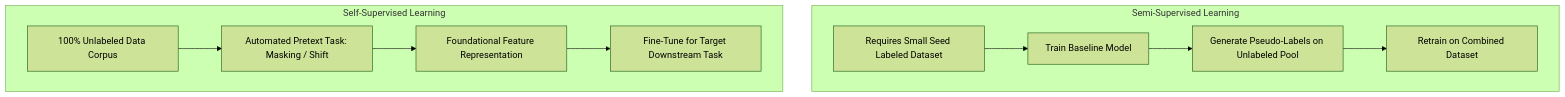
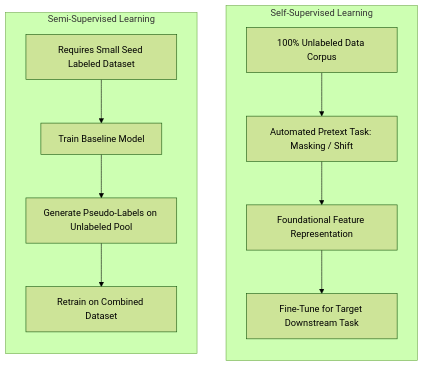
The third of 3 diagrams in docs/ai-practitioner/section-6-ai-ml/self-supervised-learning.mdx (rensaputra/aws-docs), drawn with Mermaid (forest theme) before and after one commit. The commit also changed 10 other files, not shown here.

````diff
--- a/docs/ai-practitioner/section-6-ai-ml/self-supervised-learning.mdx
+++ b/docs/ai-practitioner/section-6-ai-ml/self-supervised-learning.mdx
@@ -74,15 +74,17 @@
 ```mermaid
-flowchart TD
+flowchart LR
     subgraph SemiSupervised [Semi-Supervised Learning]
         SS_Data[Requires Small Seed Labeled Dataset] --> SS_Model[Train Baseline Model]
         SS_Model --> SS_Pseudo[Generate Pseudo-Labels on Unlabeled Pool]
         SS_Pseudo --> SS_Retrain[Retrain on Combined Dataset]
     end
 
     subgraph SelfSupervised [Self-Supervised Learning]
         SSL_Data[100% Unlabeled Data Corpus] --> SSL_Task[Automated Pretext Task: Masking / Shift]
         SSL_Task --> SSL_Base[Foundational Feature Representation]
         SSL_Base --> SSL_Down[Fine-Tune for Target Downstream Task]
     end
 
+    SemiSupervised ~~~ SelfSupervised
+
 ```
````
